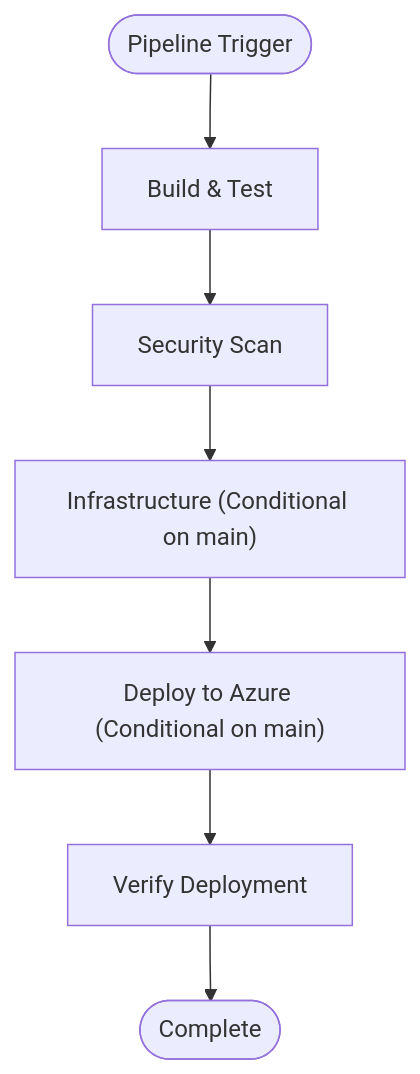
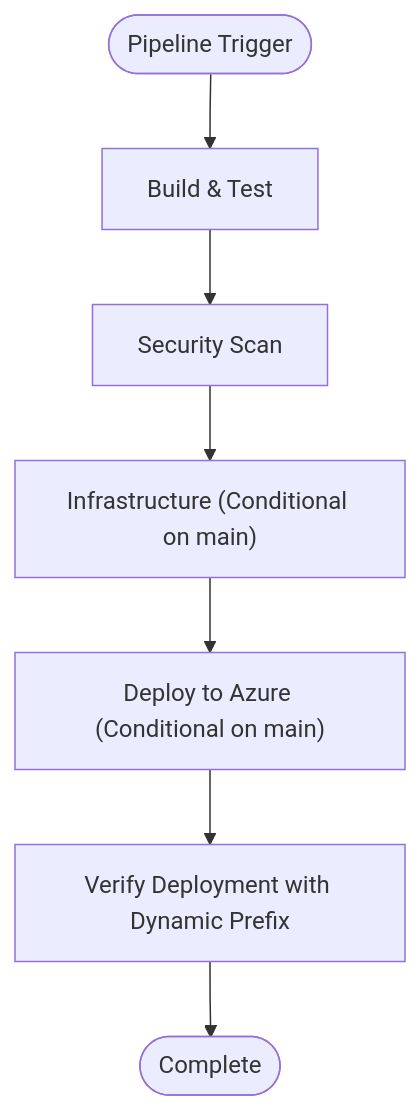
Before and after one commit to Avi-Bendetsky/Quiz-to-build: the third of 10 diagrams in .qoder/repowiki/en/content/Deployment and Infrastructure/CI_CD Pipeline.md, drawn with Mermaid. The commit also changed other lines of this file and 41 other files, not shown here.

````diff
--- a/.qoder/repowiki/en/content/Deployment and Infrastructure/CI_CD Pipeline.md
+++ b/.qoder/repowiki/en/content/Deployment and Infrastructure/CI_CD Pipeline.md
@@ -139,9 +182,9 @@
 ```mermaid
 flowchart TD
 Start(["Pipeline Trigger"]) --> BuildStage["Build & Test"]
 BuildStage --> SecurityStage["Security Scan"]
 SecurityStage --> InfraStage["Infrastructure (Conditional on main)"]
 InfraStage --> DeployStage["Deploy to Azure (Conditional on main)"]
-DeployStage --> VerifyStage["Verify Deployment"]
+DeployStage --> VerifyStage["Verify Deployment with Dynamic Prefix"]
 VerifyStage --> End(["Complete"])
 ```
````
